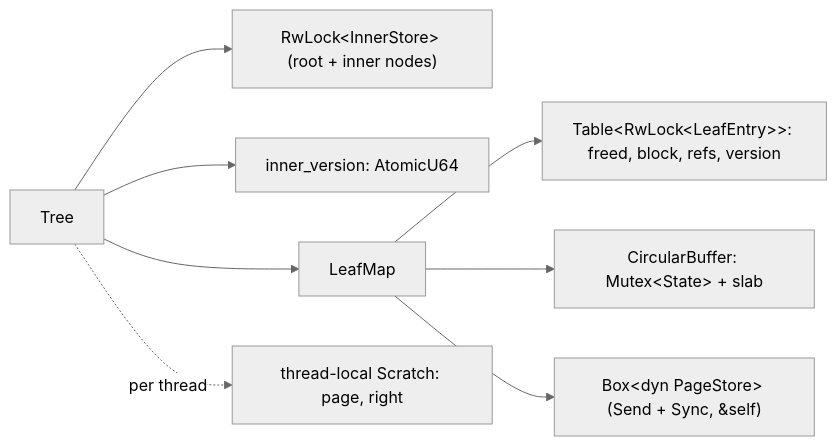
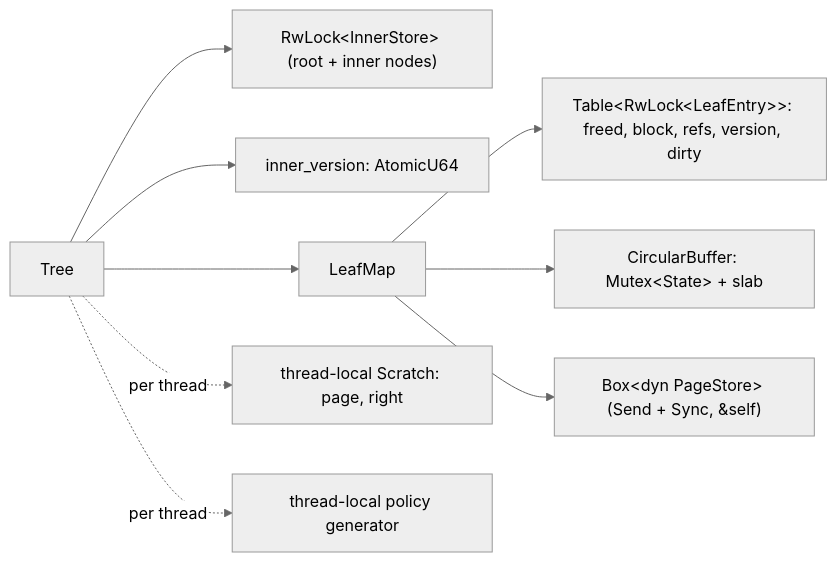
One commit to raydatray/peppydb changed the first of 3 diagrams in docs/design/bf-tree-concurrency.md. Above: the diagram before and after it, drawn with Mermaid (neutral theme). The commit also changed other lines of this file and 6 other files, not shown here.

````diff
--- a/docs/design/bf-tree-concurrency.md
+++ b/docs/design/bf-tree-concurrency.md
@@ -21,10 +24,11 @@
 ```mermaid
 flowchart LR
     Tree --> Inner["RwLock&lt;InnerStore&gt; (root + inner nodes)"]
     Tree --> V["inner_version: AtomicU64"]
     Tree --> Map["LeafMap"]
-    Map --> E["Table&lt;RwLock&lt;LeafEntry&gt;&gt;: freed, block, refs, version"]
+    Map --> E["Table&lt;RwLock&lt;LeafEntry&gt;&gt;: freed, block, refs, version, dirty"]
     Map --> CB["CircularBuffer: Mutex&lt;State&gt; + slab"]
     Map --> PS["Box&lt;dyn PageStore&gt; (Send + Sync, &amp;self)"]
     Tree -. per thread .-> S["thread-local Scratch: page, right"]
+    Tree -. per thread .-> G["thread-local policy generator"]
 ```
````
